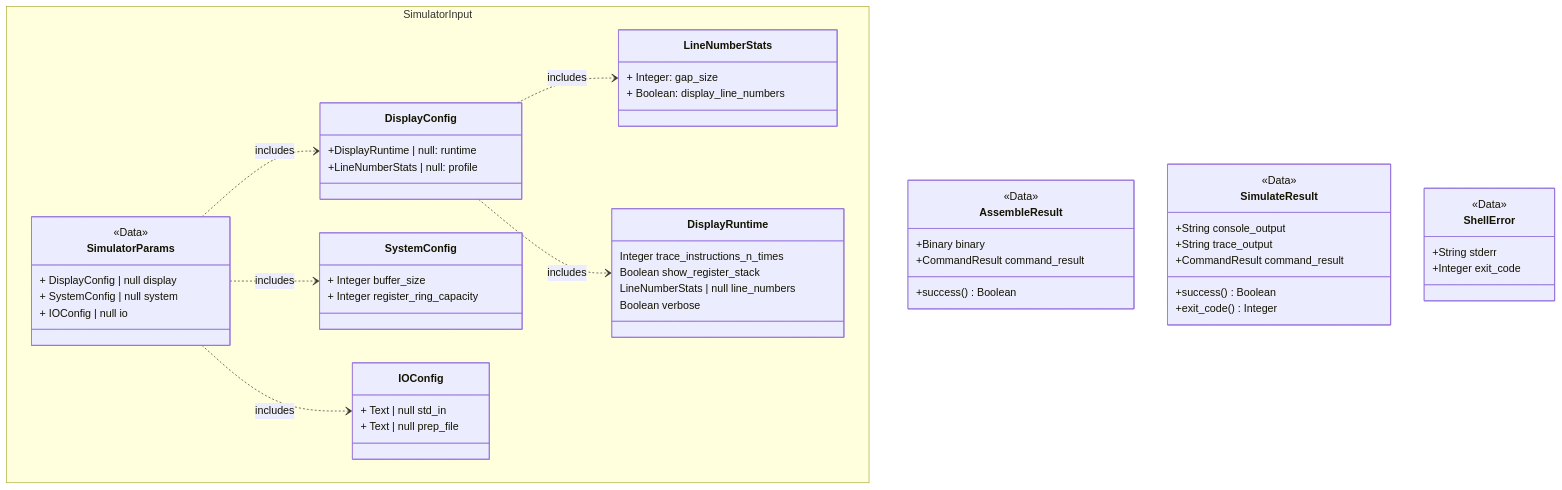
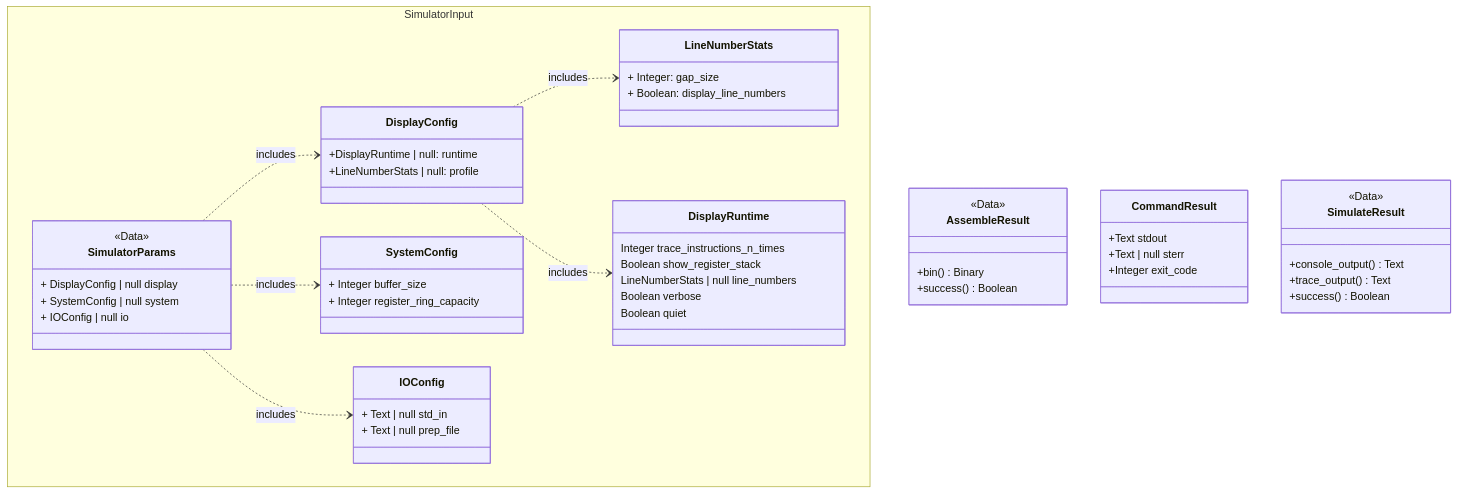
The second of 6 diagrams in docs/service_architecture.md (Wirt4/mmix-simulator), drawn with Mermaid before and after one commit. The commit also changed other lines of this file, not shown here.

````diff
--- a/docs/service_architecture.md
+++ b/docs/service_architecture.md
@@ -45,70 +45,68 @@
 ```mermaid
 classDiagram
 direction TB
 	namespace SimulatorInput{
 
 	class SimulatorParams {
 		+ DisplayConfig | null display
 		+ SystemConfig | null system
 		+ IOConfig | null io
     }
 
     class SystemConfig {
 	    + Integer buffer_size
         + Integer register_ring_capacity
 	}
 
     class DisplayConfig {
 		+DisplayRuntime | null: runtime
 		+LineNumberStats | null: profile
     }
 
 	class IOConfig{
 		+ Text | null std_in
 		+ Text | null prep_file
 	}
 
 	class DisplayRuntime{
 		Integer trace_instructions_n_times
 		Boolean show_register_stack
 		LineNumberStats | null line_numbers
 		Boolean verbose
+		Boolean quiet
 	}
 
 	class LineNumberStats{
 		+ Integer: gap_size
 		+ Boolean: display_line_numbers
 	}
 } 
     class AssembleResult {
-	    +Binary binary
-	    +CommandResult command_result
+	    +bin() Binary
 	    +success() Boolean
     }
 
+	class CommandResult {
+       +Text stdout
+       +Text | null sterr
+       +Integer exit_code
+   }
+
  class SimulateResult {
-	    +String console_output
-	    +String trace_output
-	    +CommandResult command_result
+	    +console_output() Text
+        +trace_output() Text
 	    +success() Boolean
-	    +exit_code() Integer
     }
 
 
-    class ShellError {
-	    +String stderr
-	    +Integer exit_code
-    }
-
-	<<Data>>   ShellError
 	<<Data>> AssembleResult
 	<<Data>> SimulateResult
 	<<Data>> SimulatorParams
 
     SimulatorParams ..> DisplayConfig : includes
     SimulatorParams ..> SystemConfig : includes
     SimulatorParams ..> IOConfig : includes
     DisplayConfig ..> LineNumberStats : includes
     DisplayConfig ..> DisplayRuntime: includes
     
 ```
````
